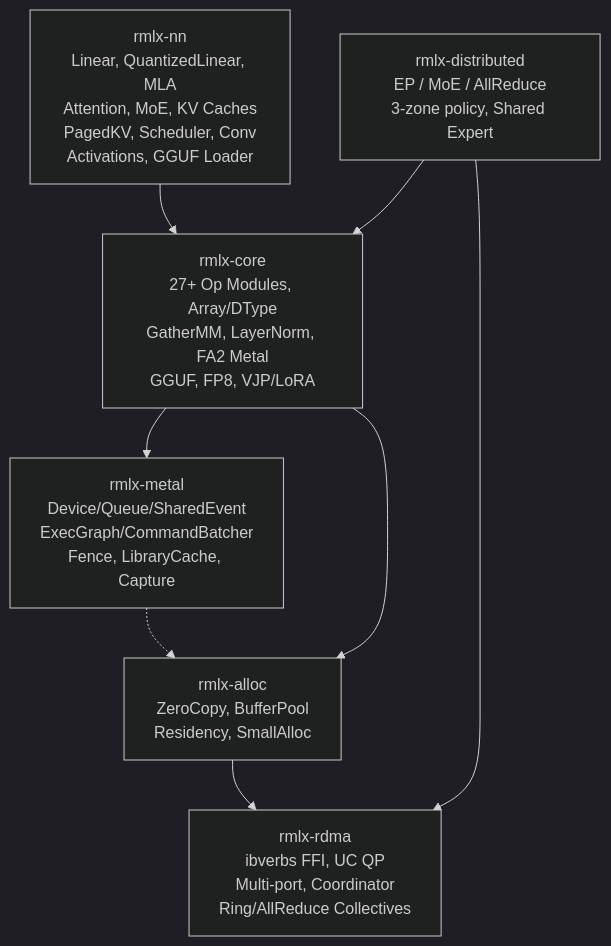
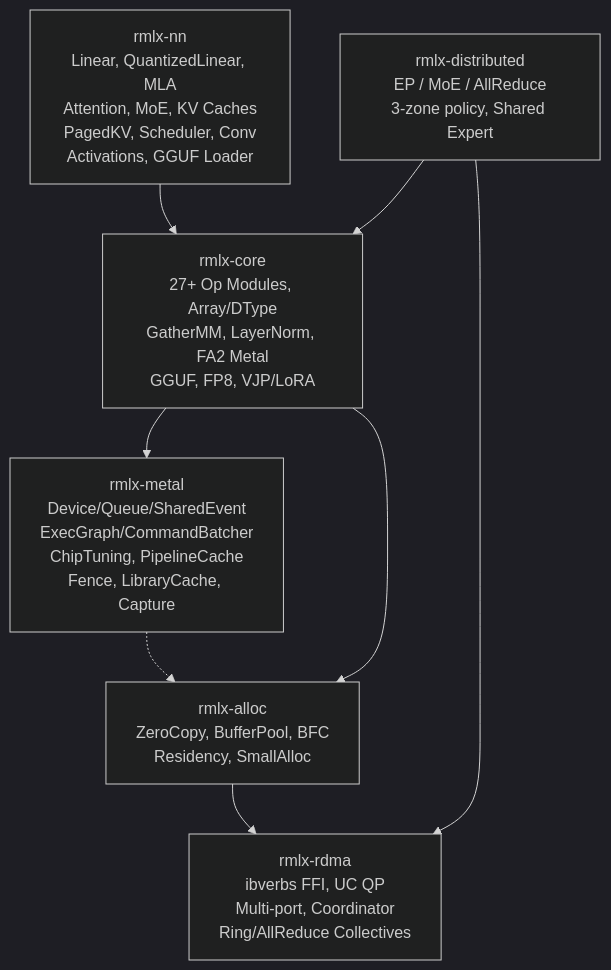
One commit to 0xDaizz/RMLX changed the diagram in README.md. Above: the diagram before and after it, drawn with Mermaid (dark theme). The commit also changed other lines of this file and 29 other files, not shown here.

````diff
--- a/README.md
+++ b/README.md
@@ -88,17 +91,17 @@
 ```mermaid
 graph TD
     NN["rmlx-nn<br/>Linear, QuantizedLinear, MLA<br/>Attention, MoE, KV Caches<br/>PagedKV, Scheduler, Conv<br/>Activations, GGUF Loader"]
     CORE["rmlx-core<br/>27+ Op Modules, Array/DType<br/>GatherMM, LayerNorm, FA2 Metal<br/>GGUF, FP8, VJP/LoRA"]
     DIST["rmlx-distributed<br/>EP / MoE / AllReduce<br/>3-zone policy, Shared Expert"]
-    METAL["rmlx-metal<br/>Device/Queue/SharedEvent<br/>ExecGraph/CommandBatcher<br/>Fence, LibraryCache, Capture"]
-    ALLOC["rmlx-alloc<br/>ZeroCopy, BufferPool<br/>Residency, SmallAlloc"]
+    METAL["rmlx-metal<br/>Device/Queue/SharedEvent<br/>ExecGraph/CommandBatcher<br/>ChipTuning, PipelineCache<br/>Fence, LibraryCache, Capture"]
+    ALLOC["rmlx-alloc<br/>ZeroCopy, BufferPool, BFC<br/>Residency, SmallAlloc"]
     RDMA["rmlx-rdma<br/>ibverbs FFI, UC QP<br/>Multi-port, Coordinator<br/>Ring/AllReduce Collectives"]
 
     NN --> CORE
     CORE --> METAL
     CORE --> ALLOC
     DIST --> CORE
     DIST --> RDMA
     ALLOC --> RDMA
     METAL -.-> ALLOC
 ```
````
